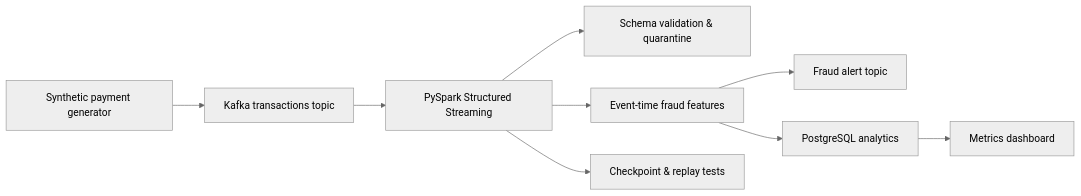
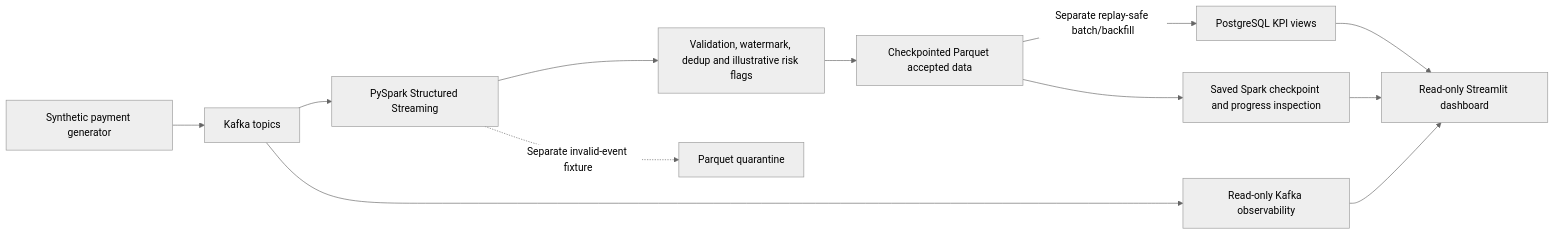
Before and after one commit to mosesrathan19/streamshield-realtime-fraud-platform: the diagram in README.md, drawn with Mermaid (neutral theme). The commit also changed other lines of this file, not shown here.

Commit message:
Polish README summary and replace outdated hypothetical architecture with implemented paths

````diff
--- a/README.md
+++ b/README.md
@@ -125,11 +135,14 @@
 ```mermaid
 flowchart LR
-    A[Synthetic payment generator] --> B[Kafka transactions topic]
+    A[Synthetic payment generator] --> B[Kafka topics]
     B --> C[PySpark Structured Streaming]
-    C --> D[Schema validation & quarantine]
-    C --> E[Event-time fraud features]
-    E --> F[Fraud alert topic]
-    E --> G[PostgreSQL analytics]
-    C --> H[Checkpoint & replay tests]
-    G --> I[Metrics dashboard]
+    C --> D[Validation, watermark, dedup and illustrative risk flags]
+    D --> E[Checkpointed Parquet accepted data]
+    C -. Separate invalid-event fixture .-> Q[Parquet quarantine]
+    E -->|Separate replay-safe batch/backfill| F[PostgreSQL KPI views]
+    F --> G[Read-only Streamlit dashboard]
+    B --> H[Read-only Kafka observability]
+    E --> I[Saved Spark checkpoint and progress inspection]
+    H --> G
+    I --> G
 ```
````
